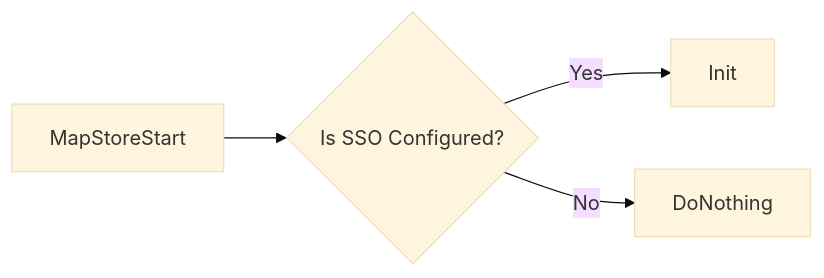
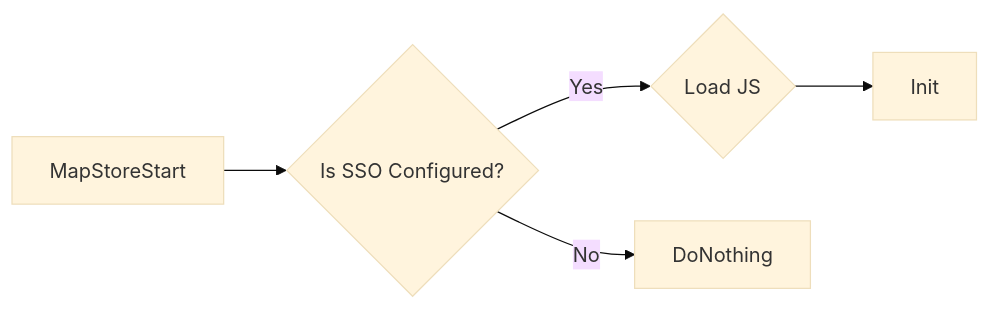
The third of 4 diagrams in docs/developer-guide/integrations/sso/keycloak-impl.md (geosolutions-it/MapStore2), drawn with Mermaid (base theme) before and after one commit. The commit also changed other lines of this file, not shown here.

````diff
--- a/docs/developer-guide/integrations/sso/keycloak-impl.md
+++ b/docs/developer-guide/integrations/sso/keycloak-impl.md
@@ -55,6 +59,7 @@
 ```mermaid
 graph LR
     MapStoreStart --> SSOConfigured{Is SSO Configured?}
-    SSOConfigured -- Yes --> Init
+    SSOConfigured -- Yes --> LoadJS{Load JS}
+    LoadJS --> Init
     SSOConfigured -- No --> DoNothing
 ```
````
